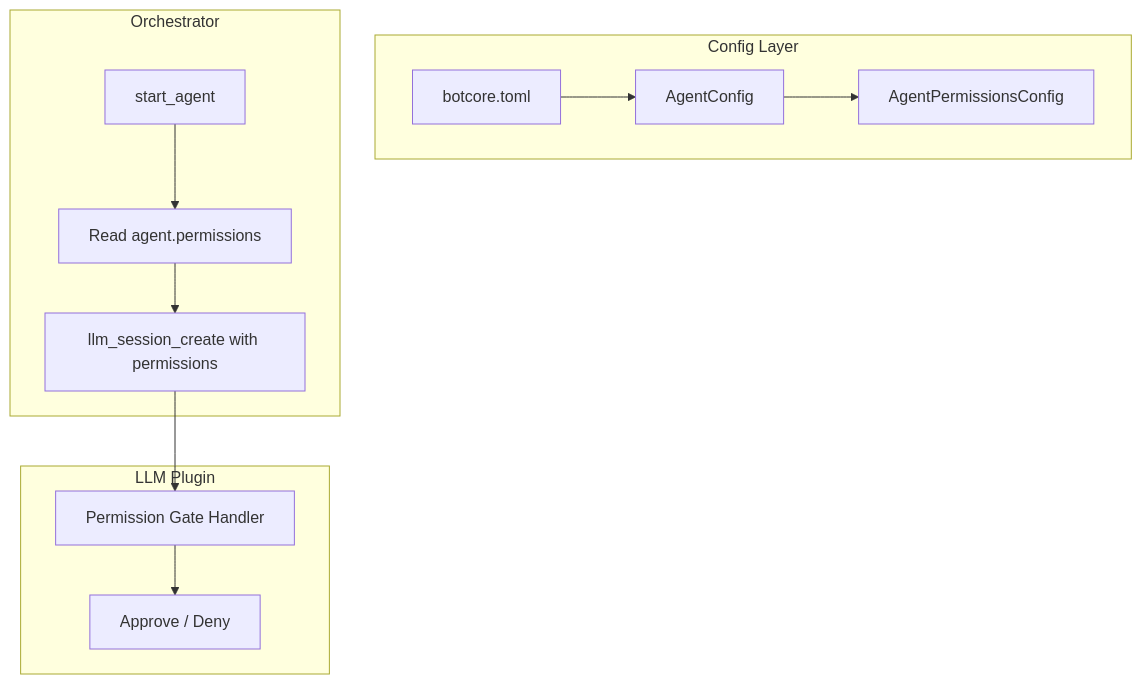
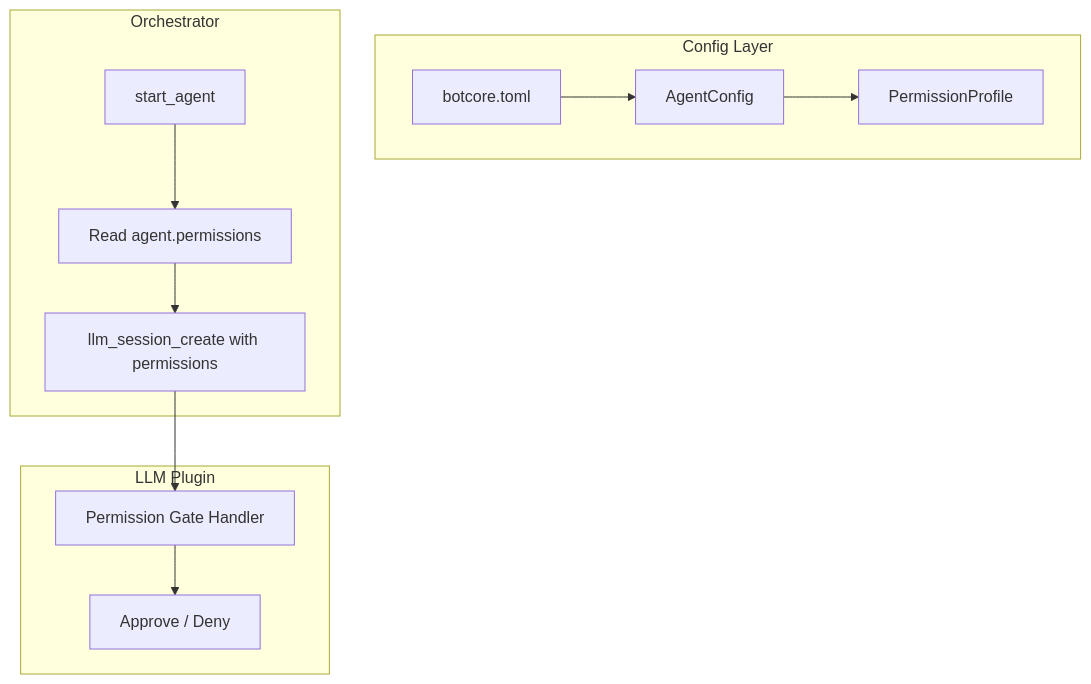
One commit to lushly-dev/botcore changed the diagram in docs/features/complete/per-agent-permissions/per-agent-permissions.plan.md. Above: the diagram before and after it, drawn with Mermaid. The commit also changed other lines of this file and 3 other files, not shown here.

Commit message:
Close out per-agent permissions

````diff
--- a/docs/features/complete/per-agent-permissions/per-agent-permissions.plan.md
+++ b/docs/features/complete/per-agent-permissions/per-agent-permissions.plan.md
@@ -33,17 +28,17 @@
 ```mermaid
 graph TD
     subgraph Config Layer
         TOML[botcore.toml] --> AGENTCFG[AgentConfig]
-        AGENTCFG --> PERMS[AgentPermissionsConfig]
+        AGENTCFG --> PERMS[PermissionProfile]
     end
 
     subgraph Orchestrator
         ORC[start_agent] --> READ[Read agent.permissions]
         READ --> CREATE[llm_session_create with permissions]
     end
 
     subgraph LLM Plugin
         CREATE --> GATE[Permission Gate Handler]
         GATE --> ALLOW[Approve / Deny]
     end
 ```
````
